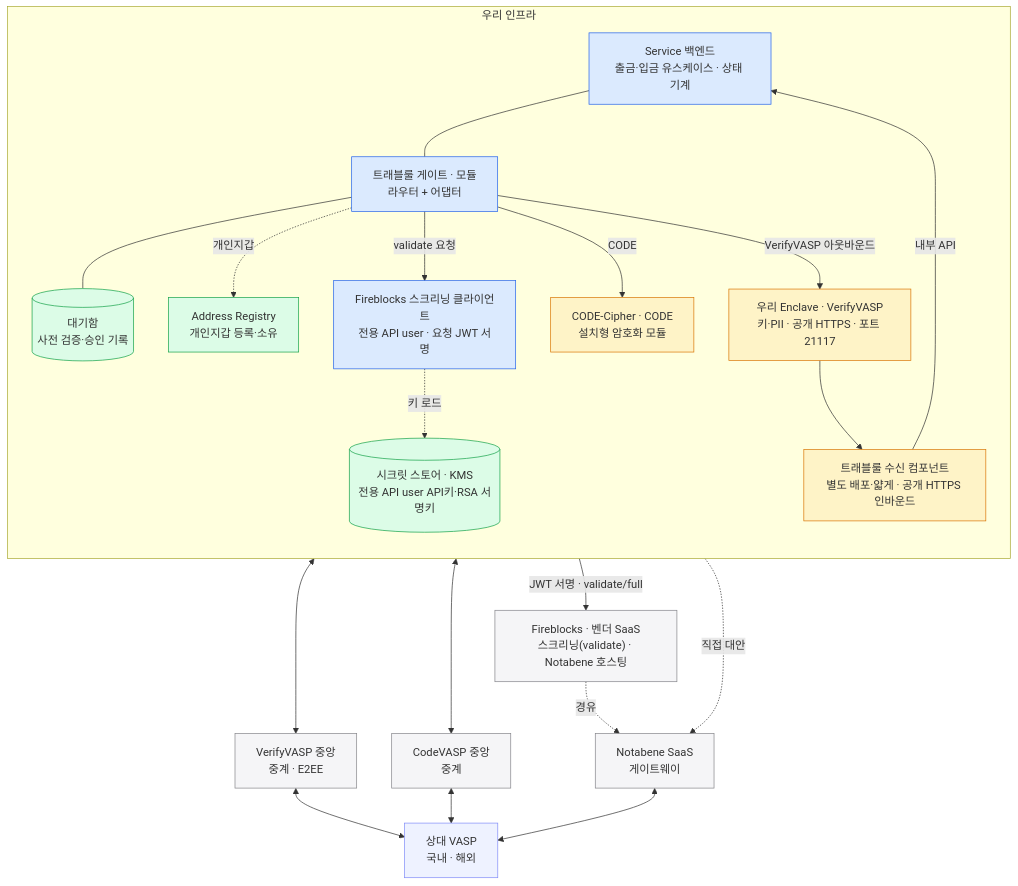
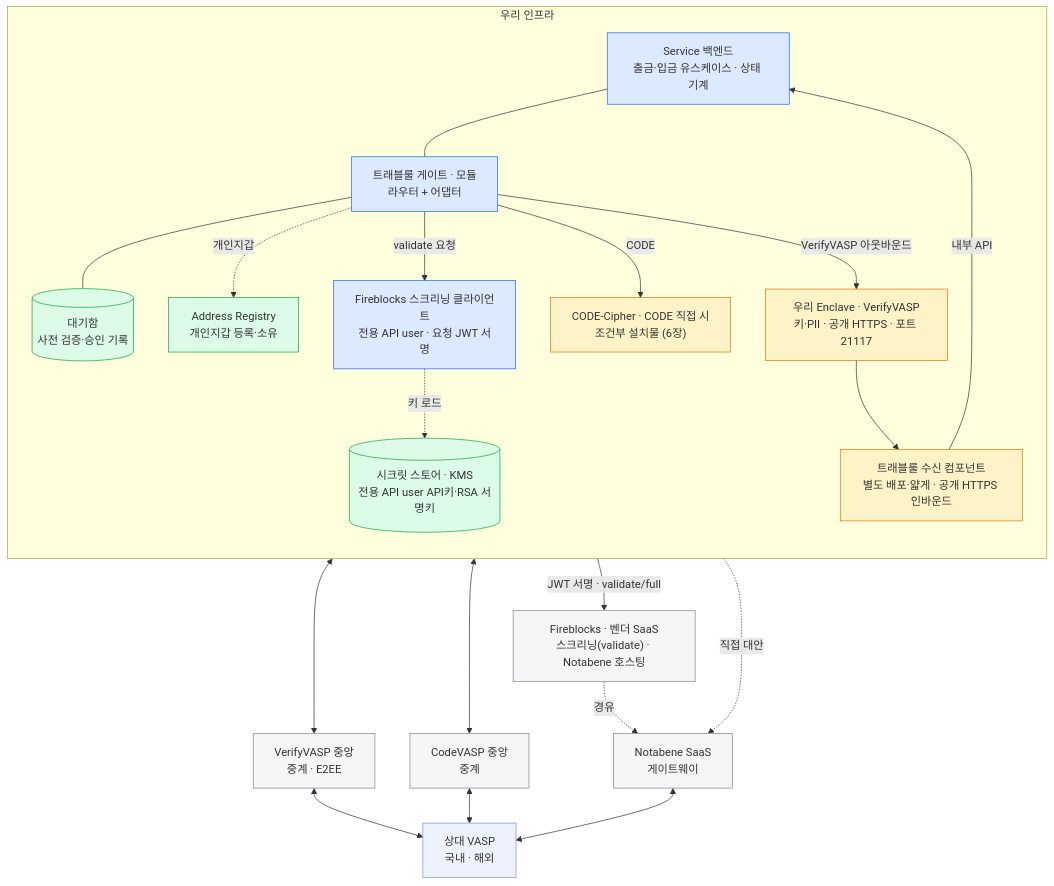
Before and after one commit to eunsujeo/eunpus: the diagram in blockchain-manager/docs/트래블룰/설계/12-physical-layout.md, drawn with Mermaid. The commit also changed other lines of this file and 9 other files, not shown here.

````diff
--- a/blockchain-manager/docs/트래블룰/설계/12-physical-layout.md
+++ b/blockchain-manager/docs/트래블룰/설계/12-physical-layout.md
@@ -9,51 +9,51 @@
 ```mermaid
 flowchart TB
   subgraph OURS["우리 인프라"]
     direction TB
     SVC["Service 백엔드<br/>출금·입금 유스케이스 · 상태 기계"]
     GATE["트래블룰 게이트 · 모듈<br/>라우터 + 어댑터"]
     WQ[("대기함<br/>사전 검증·승인 기록")]
     FBCLI["Fireblocks 스크리닝 클라이언트<br/>전용 API user · 요청 JWT 서명"]
     SEC[("시크릿 스토어 · KMS<br/>전용 API user API키·RSA 서명키")]
     RX["트래블룰 수신 컴포넌트<br/>별도 배포·얇게 · 공개 HTTPS 인바운드"]
     EN["우리 Enclave · VerifyVASP<br/>키·PII · 공개 HTTPS · 포트 21117"]
-    CC["CODE-Cipher · CODE<br/>설치형 암호화 모듈"]
+    CC["CODE-Cipher · CODE 직접 시<br/>조건부 설치물 (6장)"]
     AR["Address Registry<br/>개인지갑 등록·소유"]
   end
 
   HUB["VerifyVASP 중앙<br/>중계 · E2EE"]
   CV["CodeVASP 중앙<br/>중계"]
   NB["Notabene SaaS<br/>게이트웨이"]
   FB["Fireblocks · 벤더 SaaS<br/>스크리닝(validate) · Notabene 호스팅"]
   RVP["상대 VASP<br/>국내 · 해외"]
 
   SVC --- GATE
   GATE --- WQ
   GATE -.->|개인지갑| AR
   GATE -->|VerifyVASP 아웃바운드| EN
   GATE -->|CODE| CC
   GATE -->|validate 요청| FBCLI
   FBCLI -->|JWT 서명 · validate/full| FB
   FBCLI -.->|키 로드| SEC
   GATE -.->|직접 대안| NB
   EN --> RX
   RX -->|내부 API| SVC
 
   EN <--> HUB
   CC <--> CV
   FB -.->|경유| NB
   HUB <--> RVP
   CV <--> RVP
   NB <--> RVP
 
   classDef ours fill:#dbeafe,stroke:#2563eb;
   classDef store fill:#dcfce7,stroke:#16a34a;
   classDef selfhost fill:#fef3c7,stroke:#d97706;
   classDef vendor fill:#f5f5f7,stroke:#86868b;
   classDef chain fill:#eef2ff,stroke:#818cf8;
   class SVC,GATE,FBCLI ours
   class WQ,SEC,AR store
   class RX,EN,CC selfhost
   class HUB,CV,NB,FB vendor
   class RVP chain
 ```
````
